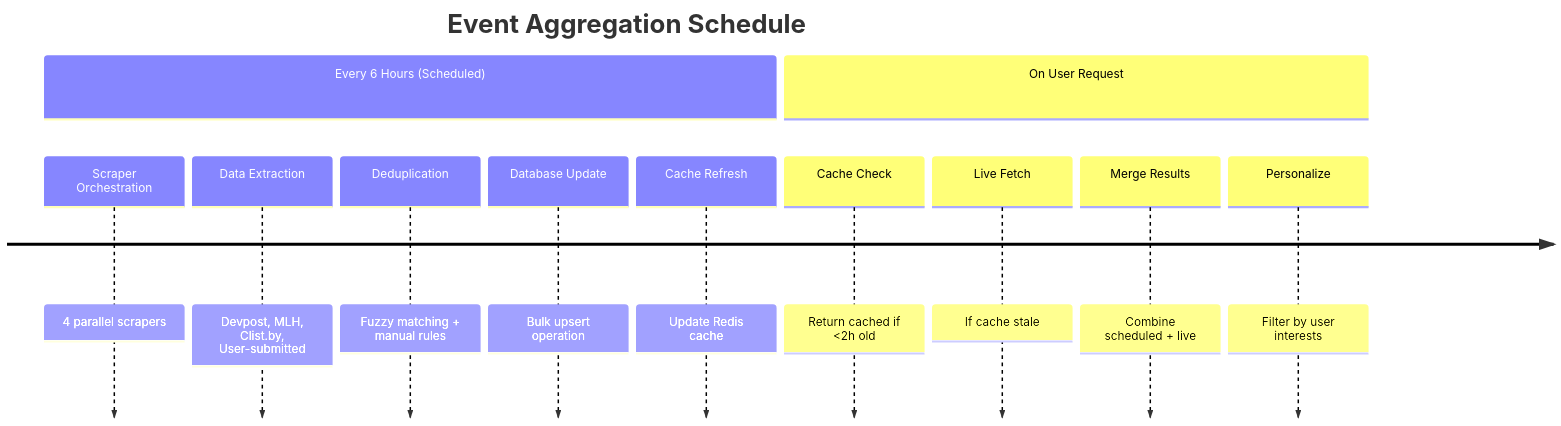
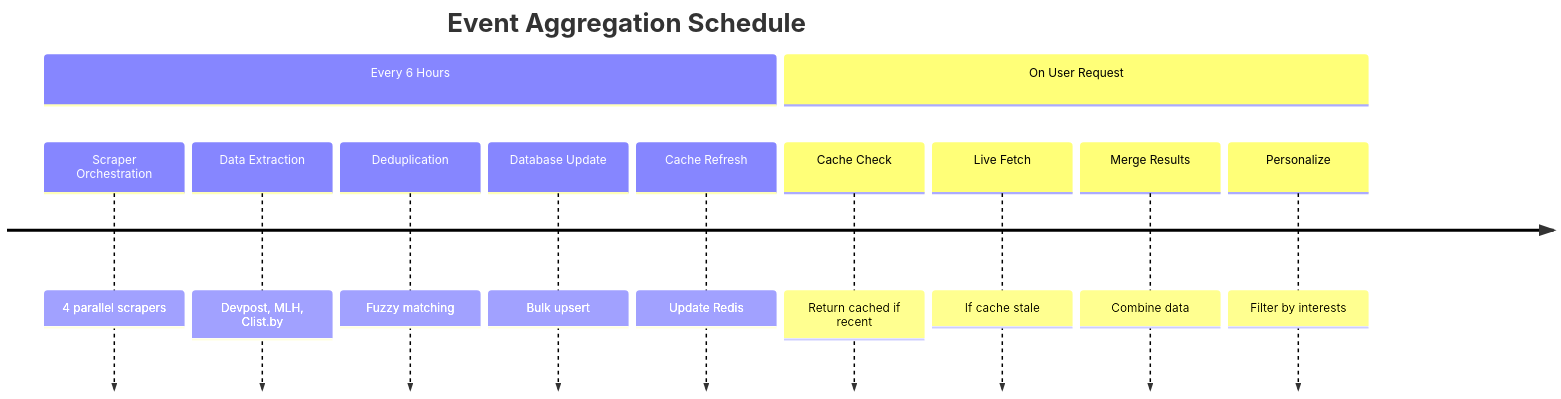
Before and after one commit to satvik-sharma-05/SE: the sixth of 8 diagrams in README.md, drawn with Mermaid. The commit also changed other lines of this file, not shown here.

````diff
--- a/README.md
+++ b/README.md
@@ -341,15 +342,15 @@
 ```mermaid
 timeline
     title Event Aggregation Schedule
-    section Every 6 Hours (Scheduled)
+    section Every 6 Hours
         Scraper Orchestration : 4 parallel scrapers
-        Data Extraction       : Devpost, MLH, Clist.by, User-submitted
-        Deduplication         : Fuzzy matching + manual rules
-        Database Update       : Bulk upsert operation
-        Cache Refresh         : Update Redis cache
+        Data Extraction : Devpost, MLH, Clist.by
+        Deduplication : Fuzzy matching
+        Database Update : Bulk upsert
+        Cache Refresh : Update Redis
     section On User Request
-        Cache Check           : Return cached if <2h old
-        Live Fetch            : If cache stale
-        Merge Results         : Combine scheduled + live
-        Personalize           : Filter by user interests
+        Cache Check : Return cached if recent
+        Live Fetch : If cache stale
+        Merge Results : Combine data
+        Personalize : Filter by interests
 ```
````
